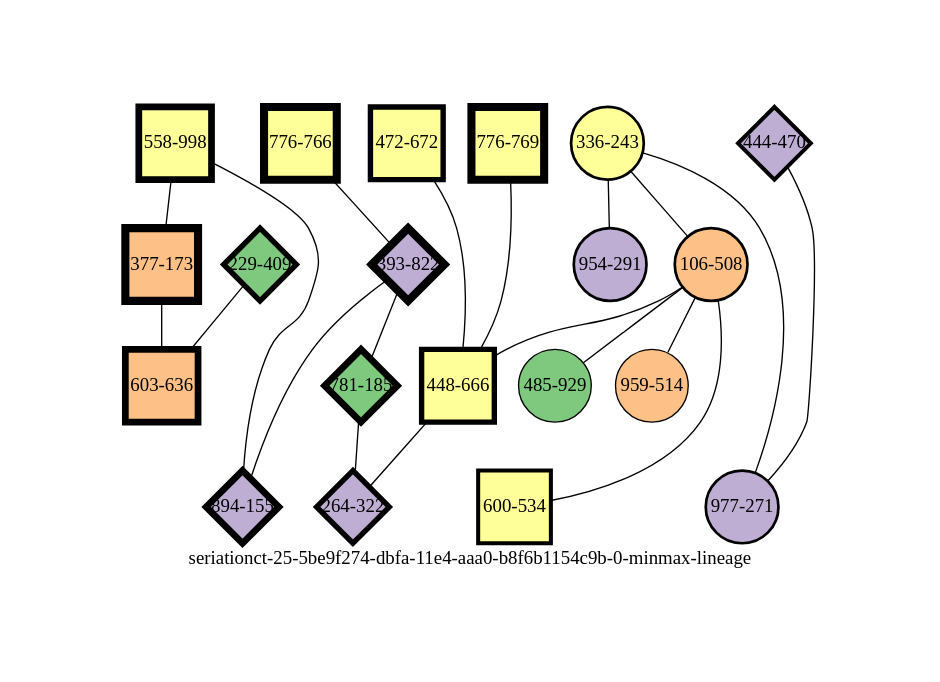
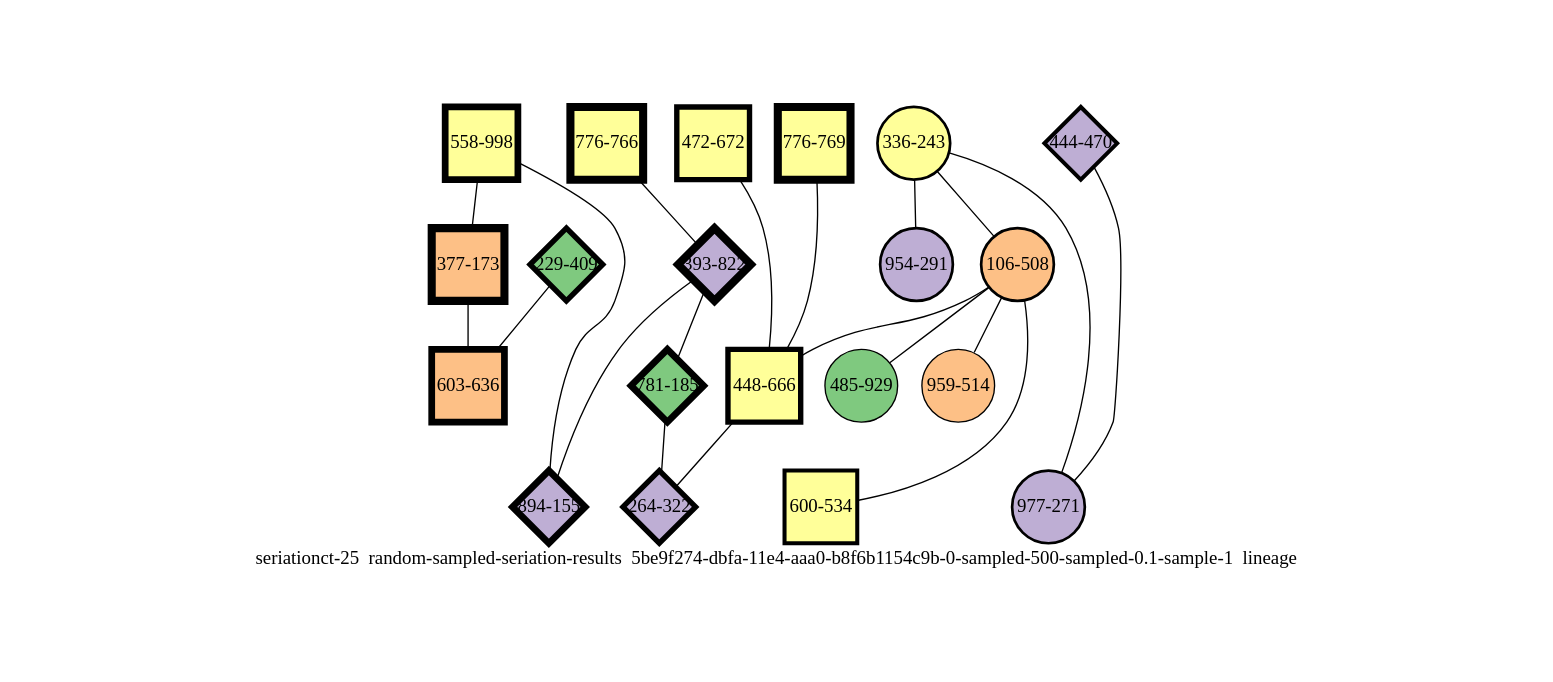
The diagram in experiments/seriationct-25/random-sampled-seriation-results/5be9f274-dbfa-11e4-aaa0-b8f6b1154c9b-0-sampled-500-sampled-0.1-sample-1/5be9f274-dbfa-11e4-aaa0-b8f6b1154c9b-0-sampled-500-sampled-0.1-sample-1-minmax-by-weight.png-lineage-annotated-chronological.dot (mmadsen/experiment-seriationct), drawn with Graphviz before and after one commit. The commit also changed 1117 other files, not shown here.

```diff
--- a/experiments/seriationct-25/random-sampled-seriation-results/5be9f274-dbfa-11e4-aaa0-b8f6b1154c9b-0-sampled-500-sampled-0.1-sample-1/5be9f274-dbfa-11e4-aaa0-b8f6b1154c9b-0-sampled-500-sampled-0.1-sample-1-minmax-by-weight.png-lineage-annotated-chronological.dot
+++ b/experiments/seriationct-25/random-sampled-seriation-results/5be9f274-dbfa-11e4-aaa0-b8f6b1154c9b-0-sampled-500-sampled-0.1-sample-1/5be9f274-dbfa-11e4-aaa0-b8f6b1154c9b-0-sampled-500-sampled-0.1-sample-1-minmax-by-weight.png-lineage-annotated-chronological.dot
@@ -1,46 +1,46 @@
-strict graph "seriationct-25-5be9f274-dbfa-11e4-aaa0-b8f6b1154c9b-0-minmax-lineage" {
+strict graph "seriationct-25  random-sampled-seriation-results  5be9f274-dbfa-11e4-aaa0-b8f6b1154c9b-0-sampled-500-sampled-0.1-sample-1  lineage" {
 labelloc=b;
 ratio=auto;
 pad="1.0";
-label="seriationct-25-5be9f274-dbfa-11e4-aaa0-b8f6b1154c9b-0-minmax-lineage";
+label="seriationct-25  random-sampled-seriation-results  5be9f274-dbfa-11e4-aaa0-b8f6b1154c9b-0-sampled-500-sampled-0.1-sample-1  lineage";
 node [width="0.75", style=filled, fixedsize=true, height="0.75", shape=circle, label=""];
 0 [xCoordinate="998.0", appears_in_slice=5, yCoordinate="558.0", colorscheme=accent6, lineage_id=1, short_label="558-998", label="558-998", shape=square, cluster_id=3, fillcolor=4, size="500.0", id=9, penwidth="5.0"];
 1 [xCoordinate="470.0", appears_in_slice=3, yCoordinate="444.0", colorscheme=accent6, lineage_id=2, short_label="444-470", label="444-470", shape=diamond, cluster_id=1, fillcolor=2, size="500.0", id=16, penwidth="3.0"];
 2 [xCoordinate="173.0", appears_in_slice=6, yCoordinate="377.0", colorscheme=accent6, lineage_id=1, short_label="377-173", label="377-173", shape=square, cluster_id=2, fillcolor=3, size="500.0", id=1, penwidth="6.0"];
 3 [xCoordinate="766.0", appears_in_slice=6, yCoordinate="776.0", colorscheme=accent6, lineage_id=1, short_label="776-766", label="776-766", shape=square, cluster_id=3, fillcolor=4, size="500.0", id=8, penwidth="6.0"];
 4 [xCoordinate="243.0", appears_in_slice=2, yCoordinate="336.0", colorscheme=accent6, lineage_id=0, short_label="336-243", label="336-243", shape=circle, cluster_id=3, fillcolor=4, size="500.0", id=3, penwidth="2.0"];
 5 [xCoordinate="672.0", appears_in_slice=4, yCoordinate="472.0", colorscheme=accent6, lineage_id=1, short_label="472-672", label="472-672", shape=square, cluster_id=3, fillcolor=4, size="500.0", id=4, penwidth="4.0"];
 6 [xCoordinate="769.0", appears_in_slice=6, yCoordinate="776.0", colorscheme=accent6, lineage_id=1, short_label="776-769", label="776-769", shape=square, cluster_id=3, fillcolor=4, size="500.0", id=18, penwidth="6.0"];
 7 [xCoordinate="271.0", appears_in_slice=2, yCoordinate="977.0", colorscheme=accent6, lineage_id=0, short_label="977-271", label="977-271", shape=circle, cluster_id=1, fillcolor=2, size="500.0", id=6, penwidth="2.0"];
 8 [xCoordinate="508.0", appears_in_slice=2, yCoordinate="106.0", colorscheme=accent6, lineage_id=0, short_label="106-508", label="106-508", shape=circle, cluster_id=2, fillcolor=3, size="500.0", id=7, penwidth="2.0"];
 9 [xCoordinate="822.0", appears_in_slice=6, yCoordinate="393.0", colorscheme=accent6, lineage_id=2, short_label="393-822", label="393-822", shape=diamond, cluster_id=1, fillcolor=2, size="500.0", id=19, penwidth="6.0"];
 10 [xCoordinate="409.0", appears_in_slice=4, yCoordinate="229.0", colorscheme=accent6, lineage_id=2, short_label="229-409", label="229-409", shape=diamond, cluster_id=0, fillcolor=1, size="500.0", id=11, penwidth="4.0"];
 11 [xCoordinate="534.0", appears_in_slice=3, yCoordinate="600.0", colorscheme=accent6, lineage_id=1, short_label="600-534", label="600-534", shape=square, cluster_id=3, fillcolor=4, size="500.0", id=10, penwidth="3.0"];
 12 [xCoordinate="666.0", appears_in_slice=4, yCoordinate="448.0", colorscheme=accent6, lineage_id=1, short_label="448-666", label="448-666", shape=square, cluster_id=3, fillcolor=4, size="500.0", id=12, penwidth="4.0"];
 13 [xCoordinate="929.0", appears_in_slice=1, yCoordinate="485.0", colorscheme=accent6, lineage_id=0, short_label="485-929", label="485-929", shape=circle, cluster_id=0, fillcolor=1, size="500.0", id=13, penwidth="1.0"];
 14 [xCoordinate="155.0", appears_in_slice=5, yCoordinate="894.0", colorscheme=accent6, lineage_id=2, short_label="894-155", label="894-155", shape=diamond, cluster_id=1, fillcolor=2, size="500.0", id=14, penwidth="5.0"];
 15 [xCoordinate="185.0", appears_in_slice=5, yCoordinate="781.0", colorscheme=accent6, lineage_id=2, short_label="781-185", label="781-185", shape=diamond, cluster_id=0, fillcolor=1, size="500.0", id=15, penwidth="5.0"];
 16 [xCoordinate="514.0", appears_in_slice=1, yCoordinate="959.0", colorscheme=accent6, lineage_id=0, short_label="959-514", label="959-514", shape=circle, cluster_id=2, fillcolor=3, size="500.0", id=0, penwidth="1.0"];
 17 [xCoordinate="291.0", appears_in_slice=2, yCoordinate="954.0", colorscheme=accent6, lineage_id=0, short_label="954-291", label="954-291", shape=circle, cluster_id=1, fillcolor=2, size="500.0", id=17, penwidth="2.0"];
 18 [xCoordinate="636.0", appears_in_slice=5, yCoordinate="603.0", colorscheme=accent6, lineage_id=1, short_label="603-636", label="603-636", shape=square, cluster_id=2, fillcolor=3, size="500.0", id=5, penwidth="5.0"];
 19 [xCoordinate="322.0", appears_in_slice=4, yCoordinate="264.0", colorscheme=accent6, lineage_id=2, short_label="264-322", label="264-322", shape=diamond, cluster_id=1, fillcolor=2, size="500.0", id=2, penwidth="4.0"];
 0 -- 2  [inverseweight="5.38913266949", weight="0.185558616076"];
 0 -- 14  [inverseweight="21.204723242", weight="0.0471593044902"];
 1 -- 7  [inverseweight="1.31038304583", weight="0.763135636699"];
 2 -- 18  [inverseweight="2.25367027361", weight="0.443720632831"];
 3 -- 9  [inverseweight="3.5719753442", weight="0.279957139577"];
 4 -- 8  [inverseweight="1.51458139438", weight="0.66024843809"];
 4 -- 17  [inverseweight="12.9271922499", weight="0.0773563184233"];
 4 -- 7  [inverseweight="4.03199584647", weight="0.248016128508"];
 5 -- 12  [inverseweight="1.21713960106", weight="0.821598442063"];
 6 -- 12  [inverseweight="1.05319421079", weight="0.949492496021"];
 8 -- 16  [inverseweight="2.80642125349", weight="0.356325693713"];
 8 -- 12  [inverseweight="1.41845255886", weight="0.704993616992"];
 8 -- 11  [inverseweight="1.60457635951", weight="0.623217458035"];
 8 -- 13  [inverseweight="3.35457163916", weight="0.298100654142"];
 9 -- 14  [inverseweight="4.68621878719", weight="0.213391658694"];
 9 -- 15  [inverseweight="2.45121600671", weight="0.407960782429"];
 10 -- 18  [inverseweight="8.39417847341", weight="0.119130180895"];
 12 -- 19  [inverseweight="20.9795339574", weight="0.0476655011513"];
 15 -- 19  [inverseweight="4.7578068292", weight="0.210180874487"];
 }
```
